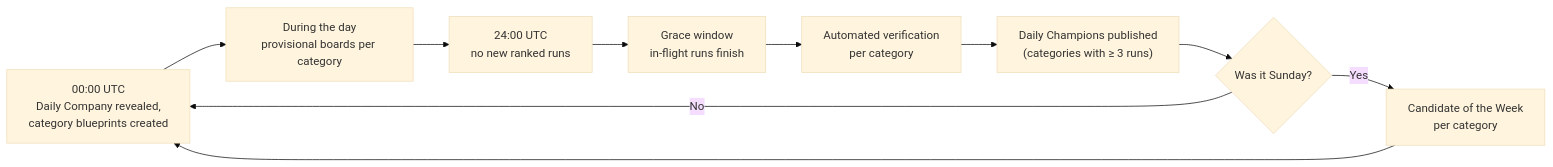
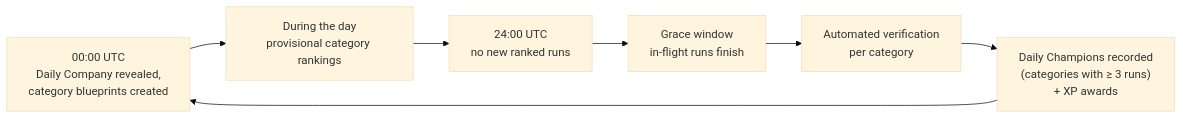
One commit to ricardoverita/cv-rush changed the second of 2 diagrams in docs/product/leaderboards.md. Above: the diagram before and after it, drawn with Mermaid (base theme). The commit also changed other lines of this file and 39 other files, not shown here.

````diff
--- a/docs/product/leaderboards.md
+++ b/docs/product/leaderboards.md
@@ -154,12 +127,9 @@
 ```mermaid
 flowchart LR
-  open["00:00 UTC<br/>Daily Company revealed,<br/>category blueprints created"] --> live["During the day<br/>provisional boards per category"]
+  open["00:00 UTC<br/>Daily Company revealed,<br/>category blueprints created"] --> live["During the day<br/>provisional category rankings"]
   live --> close["24:00 UTC<br/>no new ranked runs"]
   close --> grace["Grace window<br/>in-flight runs finish"]
   grace --> verify["Automated verification<br/>per category"]
-  verify --> champions["Daily Champions published<br/>(categories with ≥ 3 runs)"]
-  champions --> sunday{"Was it Sunday?"}
-  sunday -->|"Yes"| cotw["Candidate of the Week<br/>per category"]
-  sunday -->|"No"| open
-  cotw --> open
+  verify --> champions["Daily Champions recorded<br/>(categories with ≥ 3 runs)<br/>+ XP awards"]
+  champions --> open
 ```
````
